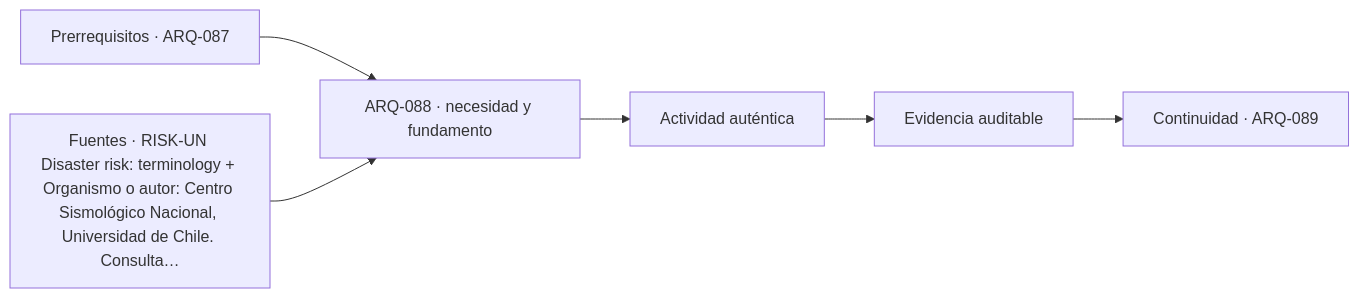
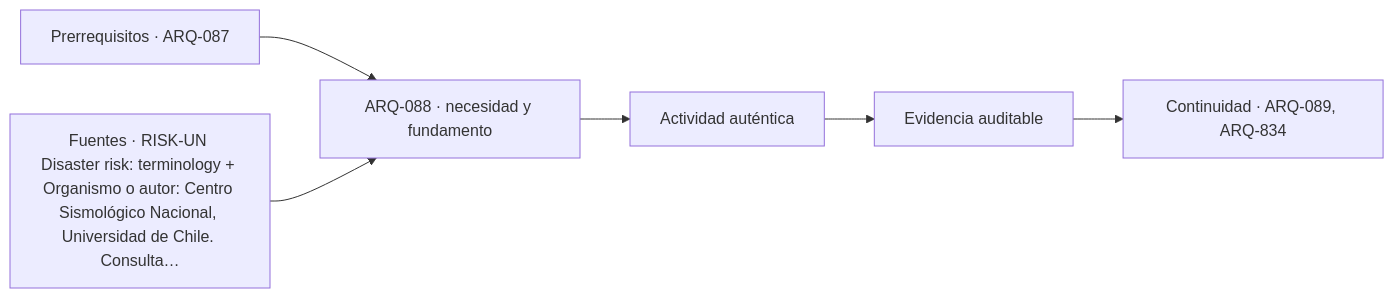
Before and after one commit to vladimiracunadev-create/architecture-built-environment-learning-program: the diagram in classes/parte-09/ARQ-088.md, drawn with Mermaid. The commit also changed other lines of this file and 182 other files, not shown here.

````diff
--- a/classes/parte-09/ARQ-088.md
+++ b/classes/parte-09/ARQ-088.md
@@ -115,8 +115,8 @@
 ```mermaid
 flowchart LR
     A["Prerrequisitos · ARQ-087"] --> B["ARQ-088 · necesidad y fundamento"]
     S["Fuentes · RISK-UN Disaster risk: terminology + Organismo o autor: Centro Sismológico Nacional, Universidad de Chile. Consulta…"] --> B
     B --> C["Actividad auténtica"]
     C --> D["Evidencia auditable"]
-    D --> E["Continuidad · ARQ-089"]
+    D --> E["Continuidad · ARQ-089, ARQ-834"]
 ```
````
